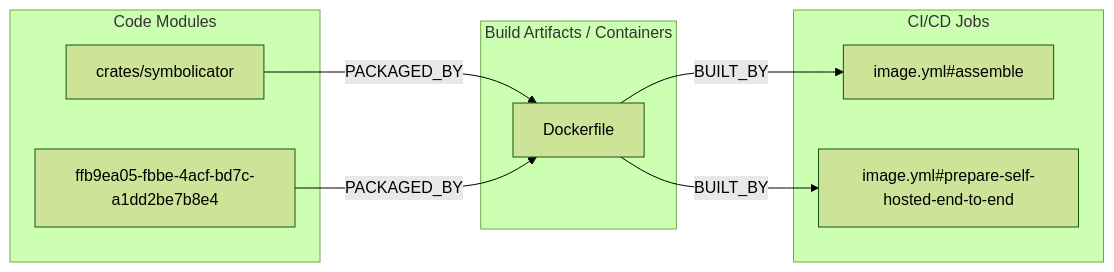
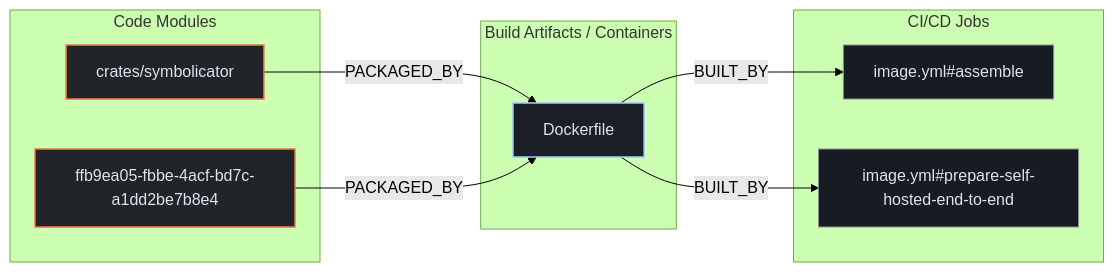
Before and after one commit to kumarshaz/atruss-code-atlas: the second of 3 diagrams in exports/latest/reports/getsentry-symbolicator-report.md, drawn with Mermaid (forest theme). The commit also changed other lines of this file and 331 other files, not shown here.

Commit message:
docs,ui,fix: update SDLC docs, reorder CI/CD DAG first, stylize Mermaid, and fix Arc42 pipeline topology

````diff
--- a/exports/latest/reports/getsentry-symbolicator-report.md
+++ b/exports/latest/reports/getsentry-symbolicator-report.md
@@ -237,18 +244,22 @@
 ```mermaid
 flowchart LR
+    classDef atlasCategory fill:#212428,stroke:#E87A48,stroke-width:1.5px,color:#dfe3eb
+    classDef atlasWorkflow fill:#1b2026,stroke:#a3c9ff,stroke-width:1.5px,color:#dfe3eb
+    classDef atlasJob fill:#171c22,stroke:#8d9199,stroke-width:1px,color:#dfe3eb
+    classDef atlasTarget fill:#005227,stroke:#8bd99b,stroke-width:1.5px,color:#a7f6b6
     subgraph code_modules["Code Modules"]
-        mod_crates_symbolicator["crates/symbolicator"]
-        mod_ffb9ea05_fbbe_4acf_bd7c_a1dd2be7b8e4["ffb9ea05-fbbe-4acf-bd7c-a1dd2be7b8e4"]
+        mod_crates_symbolicator["crates/symbolicator"]:::atlasCategory
+        mod_ffb9ea05_fbbe_4acf_bd7c_a1dd2be7b8e4["ffb9ea05-fbbe-4acf-bd7c-a1dd2be7b8e4"]:::atlasCategory
     end
     subgraph build_artifacts["Build Artifacts / Containers"]
-        art_Dockerfile["Dockerfile"]
+        art_Dockerfile["Dockerfile"]:::atlasWorkflow
     end
     subgraph ci_jobs["CI/CD Jobs"]
-        job_image_yml_assemble["image.yml#assemble"]
-        job_image_yml_prepare_self_hosted_end_to_end["image.yml#prepare-self-hosted-end-to-end"]
+        job_image_yml_assemble["image.yml#assemble"]:::atlasJob
+        job_image_yml_prepare_self_hosted_end_to_end["image.yml#prepare-self-hosted-end-to-end"]:::atlasJob
     end
     mod_crates_symbolicator -->|PACKAGED_BY| art_Dockerfile
     mod_ffb9ea05_fbbe_4acf_bd7c_a1dd2be7b8e4 -->|PACKAGED_BY| art_Dockerfile
     art_Dockerfile -->|BUILT_BY| job_image_yml_assemble
     art_Dockerfile -->|BUILT_BY| job_image_yml_prepare_self_hosted_end_to_end
 ```
````
